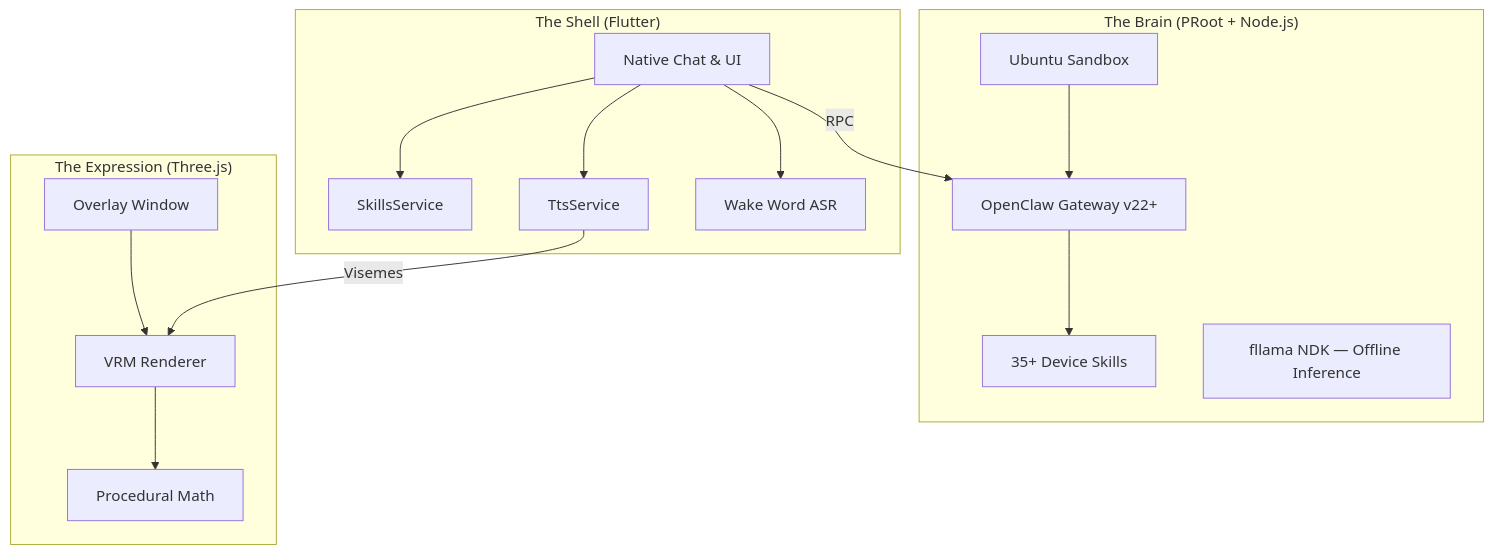
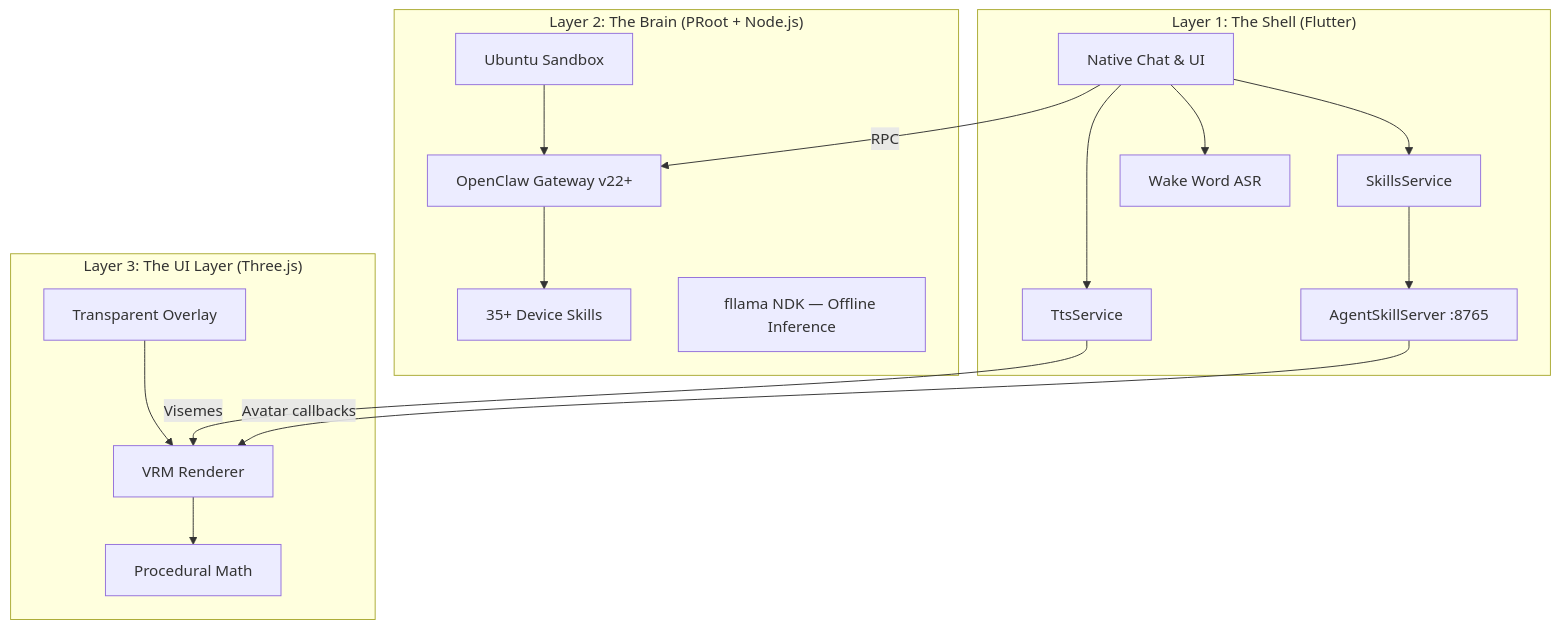
Before and after one commit to vmbbz/plawie: the diagram in README.md, drawn with Mermaid. The commit also changed other lines of this file and 10 other files, not shown here.

````diff
--- a/README.md
+++ b/README.md
@@ -82,22 +138,24 @@
 ```mermaid
 graph TD
-    subgraph "The Shell (Flutter)"
+    subgraph "Layer 1: The Shell (Flutter)"
         A[Native Chat & UI] --> B[SkillsService]
         A --> D[TtsService]
         A --> W[Wake Word ASR]
+        B --> K[AgentSkillServer :8765]
     end
 
-    subgraph "The Brain (PRoot + Node.js)"
+    subgraph "Layer 2: The Brain (PRoot + Node.js)"
         E[Ubuntu Sandbox] --> F[OpenClaw Gateway v22+]
         F --> G[35+ Device Skills]
         L[fllama NDK — Offline Inference]
     end
 
-    subgraph "The Expression (Three.js)"
-        H[Overlay Window] --> I[VRM Renderer]
+    subgraph "Layer 3: The UI Layer (Three.js)"
+        H[Transparent Overlay] --> I[VRM Renderer]
         I --> J[Procedural Math]
     end
 
     A -- "RPC" --> F
     D -- "Visemes" --> I
+    K -- "Avatar callbacks" --> I
 ```
````
